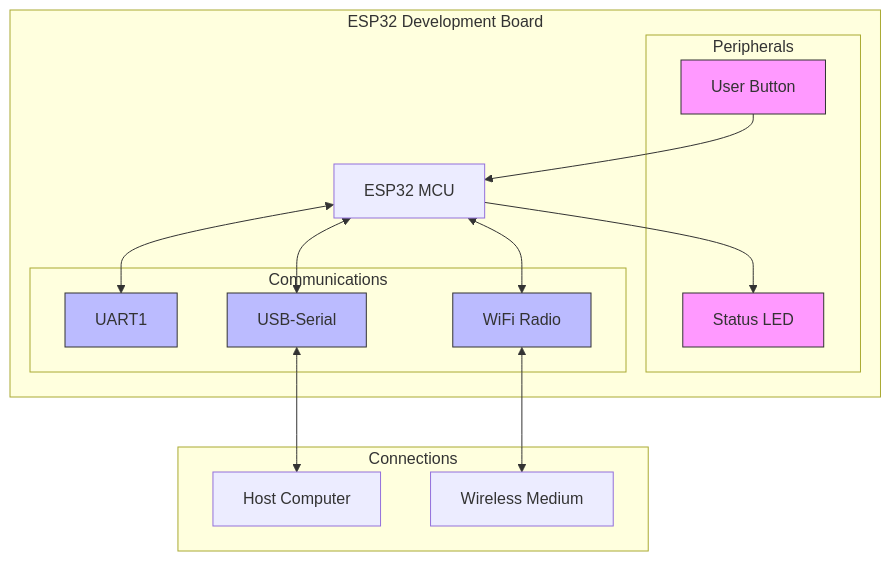
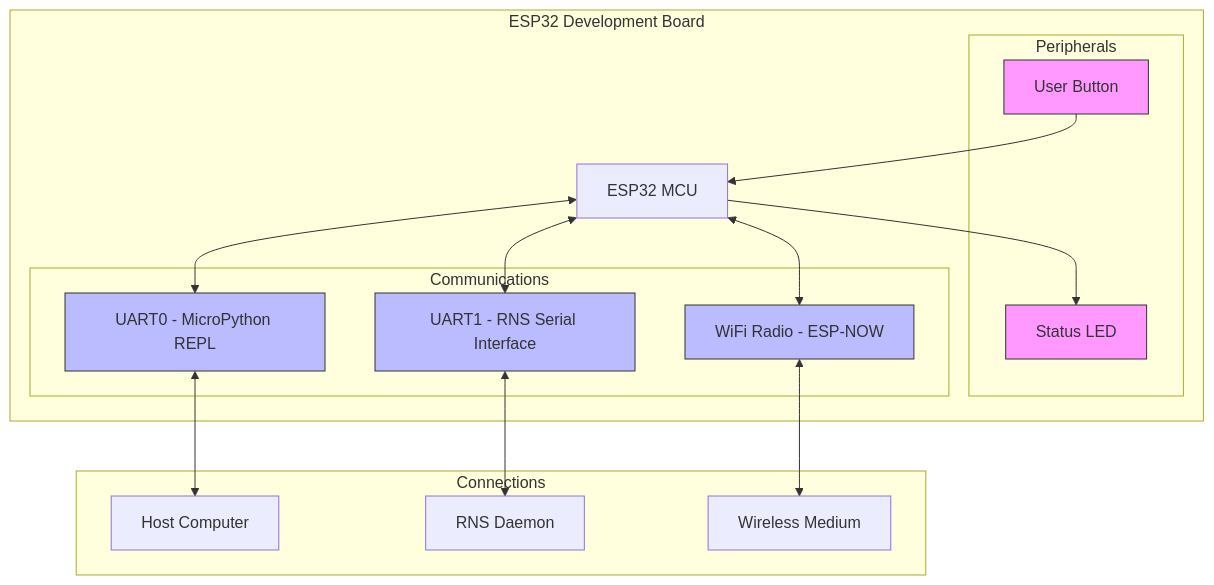
Before and after one commit to gretel/rns-if-espnow: the second of 2 diagrams in README.md, drawn with Mermaid. The commit also changed other lines of this file, not shown here.

Commit message:
corrections to README; fix diagram

````diff
--- a/README.md
+++ b/README.md
@@ -68,36 +68,38 @@
 ```mermaid
 graph TD
     subgraph "ESP32 Development Board"
         CPU[ESP32 MCU]
         
         subgraph "Peripherals"
             LED[Status LED]
             BTN[User Button]
         end
         
         subgraph "Communications"
-            UART1[UART1]
-            USB[USB-Serial]
-            WIFI[WiFi Radio]
+            UART0[UART0 - MicroPython REPL]
+            UART1[UART1 - RNS Serial Interface]
+            WIFI[WiFi Radio - ESP-NOW]
         end
     end
     
     subgraph "Connections"
         HOST[Host Computer]
+        RNSD[RNS Daemon]
         AIR[Wireless Medium]
     end
     
     CPU --> LED
     BTN --> CPU
+    CPU <--> UART0
     CPU <--> UART1
-    CPU <--> USB
     CPU <--> WIFI
     
-    USB <--> HOST
+    UART0 <--> HOST
+    UART1 <--> RNSD
     WIFI <--> AIR
     
     classDef peripheral fill:#f9f,stroke:#333
     classDef comm fill:#bbf,stroke:#333
     class LED,BTN peripheral
-    class UART1,USB,WIFI comm
-```
+    class UART0,UART1,WIFI comm
+```    
````
